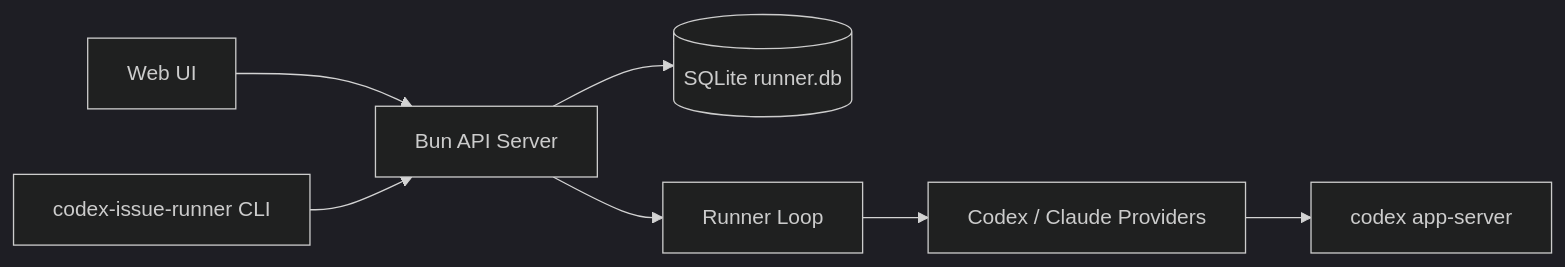
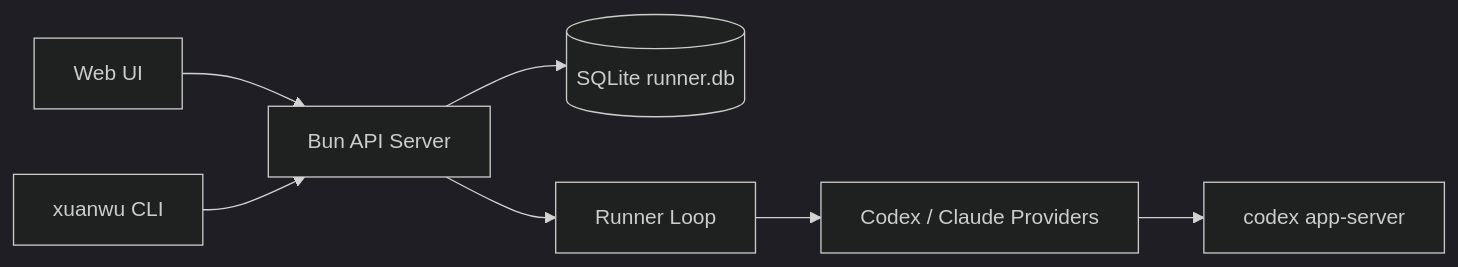
Before and after one commit to williamnie/xuanwu: the diagram in docs/design.md, drawn with Mermaid (dark theme). The commit also changed other lines of this file and 392 other files, not shown here.

````diff
--- a/docs/design.md
+++ b/docs/design.md
@@ -10,9 +10,9 @@
 ```mermaid
 flowchart LR
   UI["Web UI"] --> API["Bun API Server"]
-  CLI["codex-issue-runner CLI"] --> API
+  CLI["xuanwu CLI"] --> API
   API --> DB[(SQLite runner.db)]
   API --> Runner["Runner Loop"]
   Runner --> Providers["Codex / Claude Providers"]
   Providers --> Codex["codex app-server"]
 ```
````
